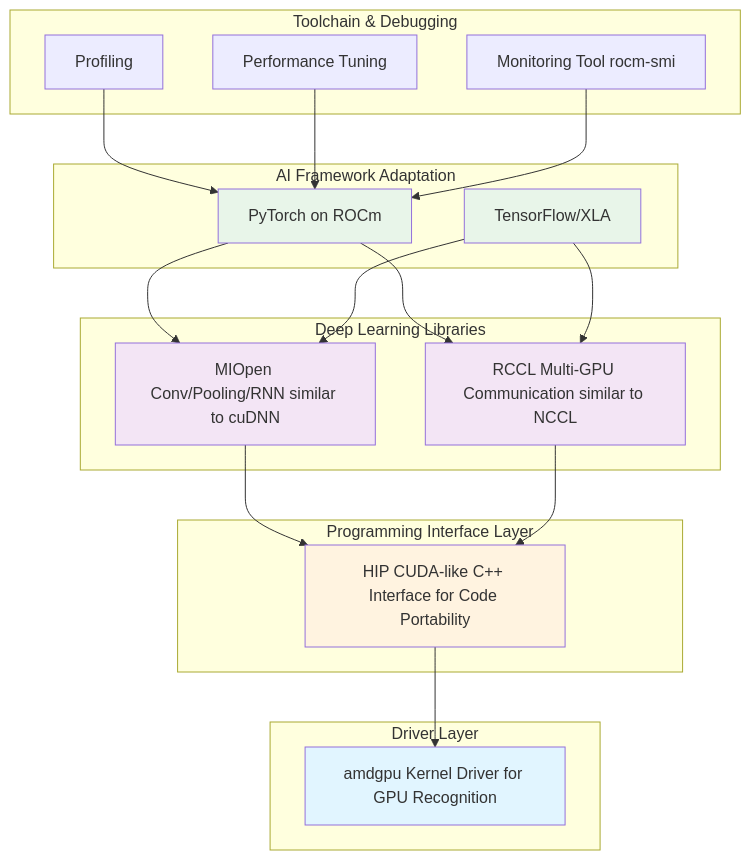
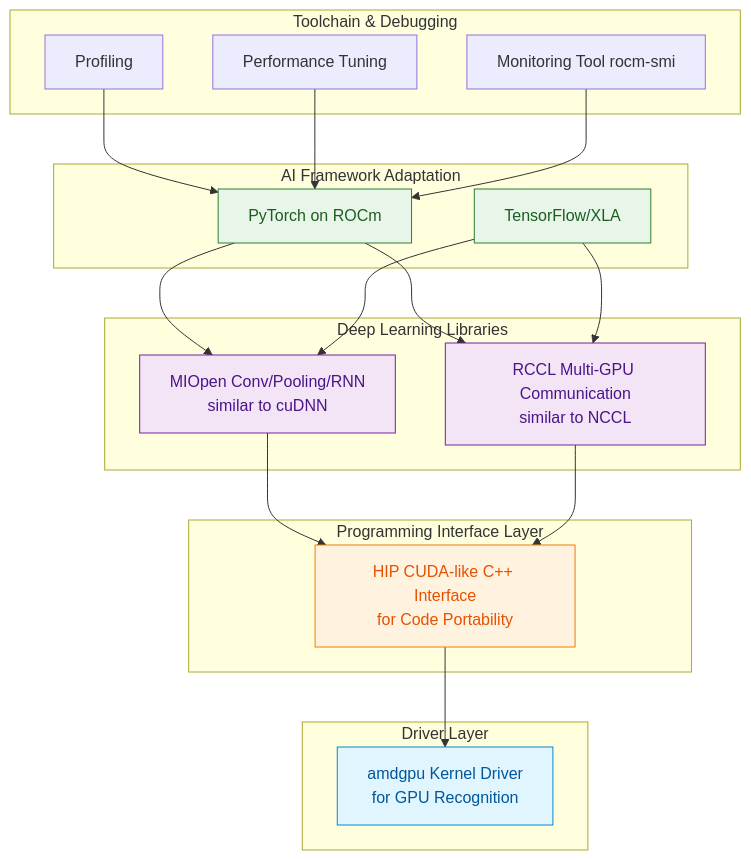
Before and after one commit to datawhalechina/hello-rocm: the diagram in docs/en/03-infra/embrace-amd-ai.md, drawn with Mermaid. The commit also changed other lines of this file and 12 other files, not shown here.

````diff
--- a/docs/en/03-infra/embrace-amd-ai.md
+++ b/docs/en/03-infra/embrace-amd-ai.md
@@ -95,44 +88,47 @@
 ```mermaid
 graph TB
     subgraph "Toolchain & Debugging"
         T1[Profiling]
         T2[Performance Tuning]
         T3[Monitoring Tool rocm-smi]
     end
 
     subgraph "AI Framework Adaptation"
         F1[PyTorch on ROCm]
         F2[TensorFlow/XLA]
     end
 
     subgraph "Deep Learning Libraries"
-        L1[MIOpen Conv/Pooling/RNN similar to cuDNN]
-        L2[RCCL Multi-GPU Communication similar to NCCL]
+        L1["MIOpen Conv/Pooling/RNN<br/>similar to cuDNN"]
+        L2["RCCL Multi-GPU Communication<br/>similar to NCCL"]
     end
 
     subgraph "Programming Interface Layer"
-        H[HIP CUDA-like C++ Interface for Code Portability]
+        H["HIP CUDA-like C++ Interface<br/>for Code Portability"]
     end
 
     subgraph "Driver Layer"
-        D[amdgpu Kernel Driver for GPU Recognition]
+        D["amdgpu Kernel Driver<br/>for GPU Recognition"]
     end
 
     T1 --> F1
     T2 --> F1
     T3 --> F1
     F1 --> L1
     F1 --> L2
     F2 --> L1
     F2 --> L2
     L1 --> H
     L2 --> H
     H --> D
 
-    style D fill:#e1f5ff
-    style H fill:#fff3e0
-    style L1 fill:#f3e5f5
-    style L2 fill:#f3e5f5
-    style F1 fill:#e8f5e9
-    style F2 fill:#e8f5e9
+    classDef layer-driver fill:#e1f5ff,stroke:#0288d1,stroke-width:1px,color:#01579b
+    classDef layer-interface fill:#fff3e0,stroke:#f57c00,stroke-width:1px,color:#e65100
+    classDef layer-library fill:#f3e5f5,stroke:#7b1fa2,stroke-width:1px,color:#4a148c
+    classDef layer-framework fill:#e8f5e9,stroke:#2e7d32,stroke-width:1px,color:#1b5e20
+
+    class D layer-driver
+    class H layer-interface
+    class L1,L2 layer-library
+    class F1,F2 layer-framework
 ```
````
